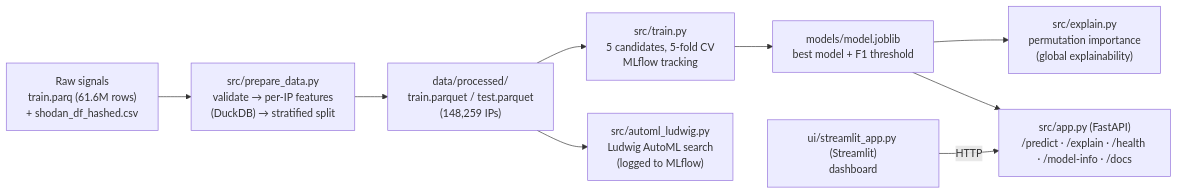
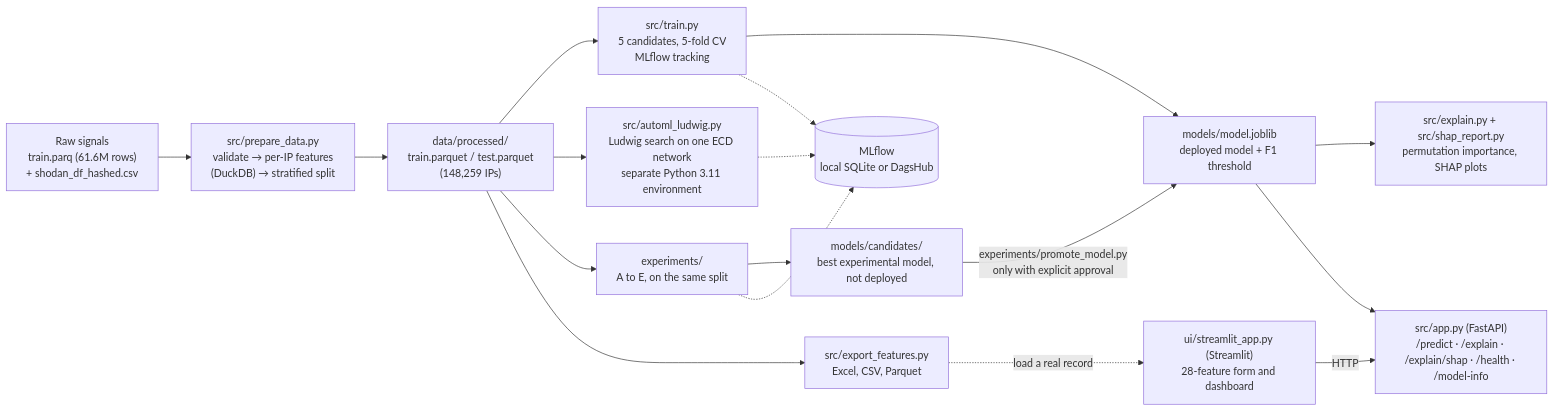
Before and after one commit to uzair-khiiba/VPN-Classifier-MLOps: the diagram in README.md, drawn with Mermaid. The commit also changed other lines of this file and 63 other files, not shown here.

First line of the commit message:
feat: add SHAP, Excel export, DagsHub publishing and model promotion

````diff
--- a/README.md
+++ b/README.md
@@ -12,11 +12,19 @@
 ```mermaid
 flowchart LR
     A["Raw signals<br/>train.parq (61.6M rows)<br/>+ shodan_df_hashed.csv"] --> B["src/prepare_data.py<br/>validate → per-IP features<br/>(DuckDB) → stratified split"]
     B --> C["data/processed/<br/>train.parquet / test.parquet<br/>(148,259 IPs)"]
     C --> D["src/train.py<br/>5 candidates, 5-fold CV<br/>MLflow tracking"]
-    C --> L["src/automl_ludwig.py<br/>Ludwig AutoML search<br/>(logged to MLflow)"]
-    E --> X["src/explain.py<br/>permutation importance<br/>(global explainability)"]
-    D --> E["models/model.joblib<br/>best model + F1 threshold"]
-    E --> F["src/app.py (FastAPI)<br/>/predict · /explain · /health · /model-info · /docs"]
-    U["ui/streamlit_app.py (Streamlit)<br/>dashboard"] -->|HTTP| F
+    C --> L["src/automl_ludwig.py<br/>Ludwig search on one ECD network<br/>separate Python 3.11 environment"]
+    C --> R["experiments/<br/>A to E, on the same split"]
+    C --> XL["src/export_features.py<br/>Excel, CSV, Parquet"]
+    E --> X["src/explain.py + src/shap_report.py<br/>permutation importance, SHAP plots"]
+    D --> E["models/model.joblib<br/>deployed model + F1 threshold"]
+    R --> CA["models/candidates/<br/>best experimental model, not deployed"]
+    CA -->|"experiments/promote_model.py<br/>only with explicit approval"| E
+    E --> F["src/app.py (FastAPI)<br/>/predict · /explain · /explain/shap · /health · /model-info"]
+    U["ui/streamlit_app.py (Streamlit)<br/>28-feature form and dashboard"] -->|HTTP| F
+    XL -.->|"load a real record"| U
+    D -.-> M[("MLflow<br/>local SQLite or DagsHub")]
+    L -.-> M
+    R -.-> M
 ```
````
